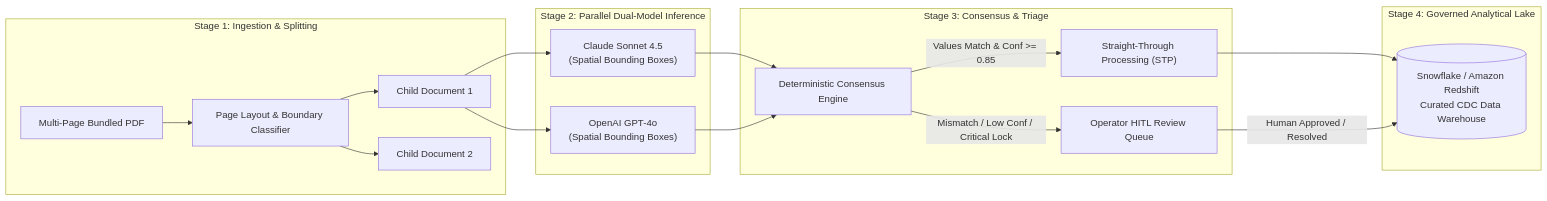
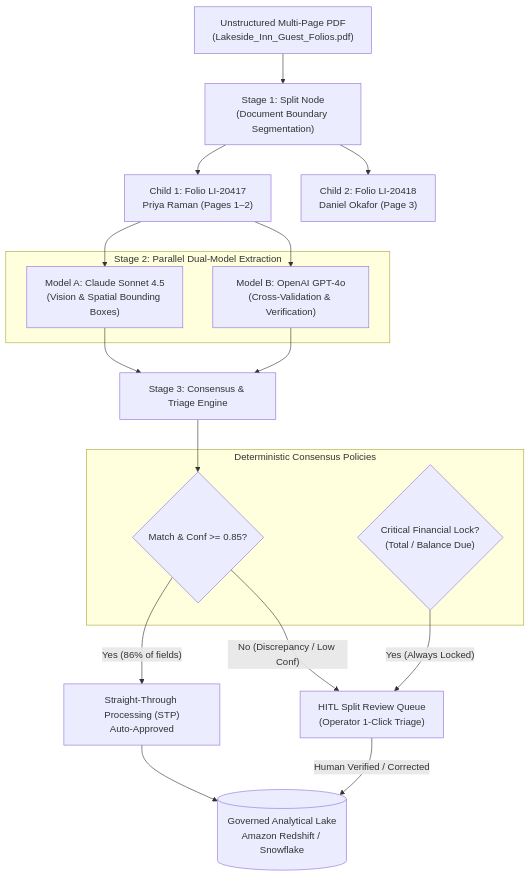
One commit to anchitshahare/consensus-idp changed the diagram in README.md. Above: the diagram before and after it, drawn with Mermaid. The commit also changed other lines of this file, not shown here.

Commit message:
Update README to reflect 7-step multi-page product walkthrough and architecture

````diff
--- a/README.md
+++ b/README.md
@@ -61,25 +88,31 @@
 ```mermaid
-flowchart LR
-    subgraph Ingestion ["Stage 1: Ingestion & Splitting"]
-        A["Multi-Page Bundled PDF"] --> B["Page Layout & Boundary Classifier"]
-        B --> C["Child Document 1"]
-        B --> D["Child Document 2"]
+flowchart TD
+    PDF["Unstructured Multi-Page PDF\n(Lakeside_Inn_Guest_Folios.pdf)"] --> S1["Stage 1: Split Node\n(Document Boundary Segmentation)"]
+    
+    S1 --> C1["Child 1: Folio LI-20417\nPriya Raman (Pages 1–2)"]
+    S1 --> C2["Child 2: Folio LI-20418\nDaniel Okafor (Page 3)"]
+    
+    subgraph S2 ["Stage 2: Parallel Dual-Model Extraction"]
+        M1["Model A: Claude Sonnet 4.5\n(Vision & Spatial Bounding Boxes)"]
+        M2["Model B: OpenAI GPT-4o\n(Cross-Validation & Verification)"]
     end
-
-    subgraph Extraction ["Stage 2: Parallel Dual-Model Inference"]
-        C --> E["Claude Sonnet 4.5\n(Spatial Bounding Boxes)"]
-        C --> F["OpenAI GPT-4o\n(Spatial Bounding Boxes)"]
+    
+    C1 --> M1
+    C1 --> M2
+    
+    M1 --> S3["Stage 3: Consensus & Triage Engine"]
+    M2 --> S3
+    
+    subgraph S3_Rules ["Deterministic Consensus Policies"]
+        R1{"Match & Conf >= 0.85?"}
+        R2{"Critical Financial Lock?\n(Total / Balance Due)"}
     end
-
-    subgraph Consensus ["Stage 3: Consensus & Triage"]
-        E --> G["Deterministic Consensus Engine"]
-        F --> G
-        G -- "Values Match & Conf >= 0.85" --> H["Straight-Through Processing (STP)"]
-        G -- "Mismatch / Low Conf / Critical Lock" --> I["Operator HITL Review Queue"]
-    end
-
-    subgraph Export ["Stage 4: Governed Analytical Lake"]
-        H --> J[("Snowflake / Amazon Redshift\nCurated CDC Data Warehouse")]
-        I -- "Human Approved / Resolved" --> J
-    end
+    
+    S3 --> R1
+    R1 -- "Yes (86% of fields)" --> STP["Straight-Through Processing (STP)\nAuto-Approved"]
+    R1 -- "No (Discrepancy / Low Conf)" --> HITL["HITL Split Review Queue\n(Operator 1-Click Triage)"]
+    R2 -- "Yes (Always Locked)" --> HITL
+    
+    STP --> DW[("Governed Analytical Lake\nAmazon Redshift / Snowflake")]
+    HITL -- "Human Verified / Corrected" --> DW
 ```
````
